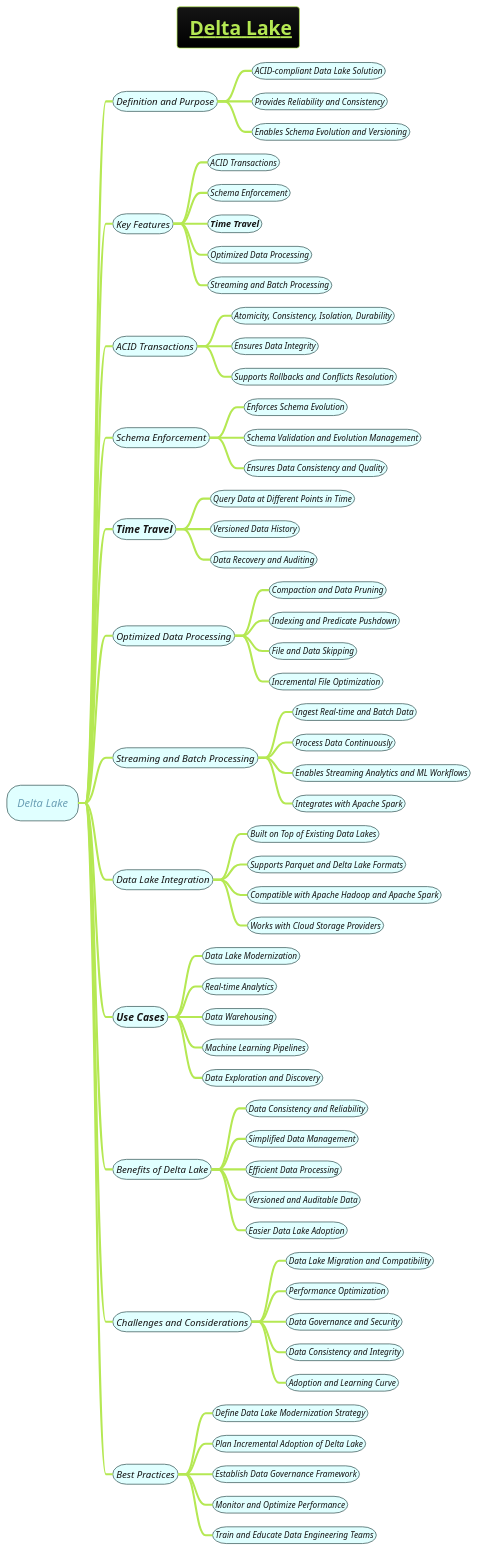
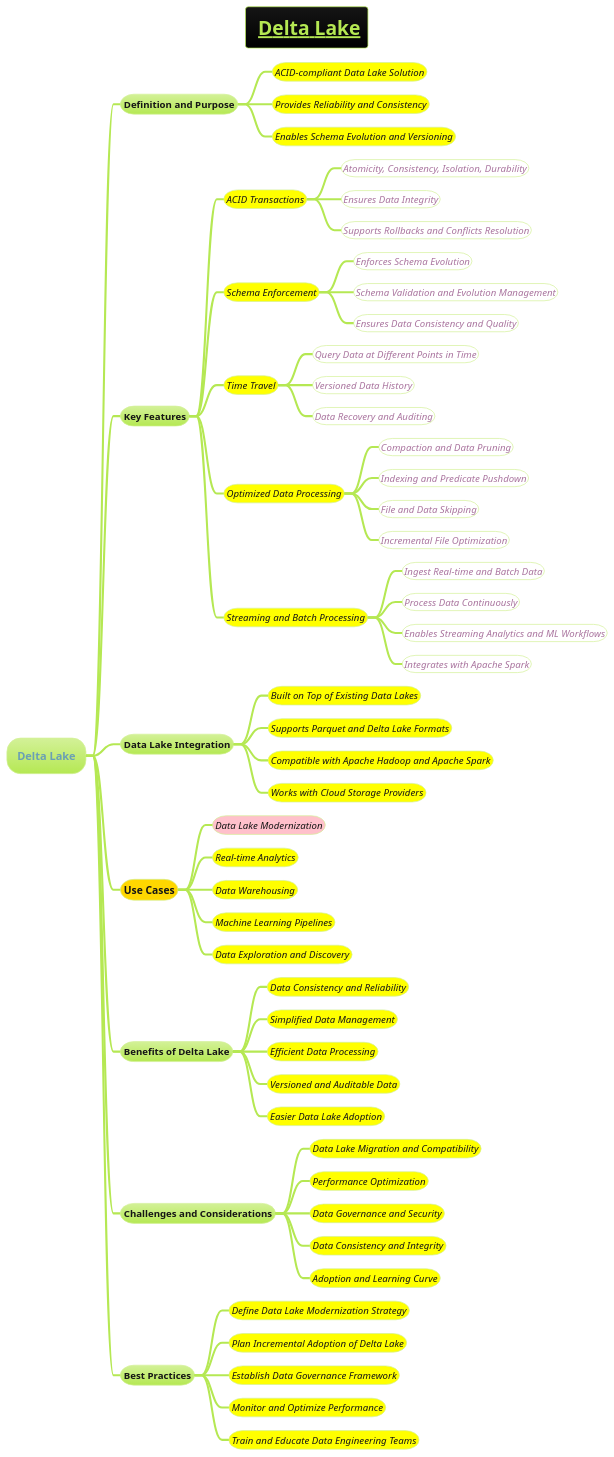
The diagram in docs/AI-ML- DL-Data-Science-and-BigData/data-science/data-engineering/data-storage-and-management/Delta-Lake.puml (MehmoodHashmi/Documentation-as-Code-DaC), drawn with PlantUML before and after one commit. The commit also changed 3 other files, not shown here.

```diff
--- a/docs/AI-ML- DL-Data-Science-and-BigData/data-science/data-engineering/data-storage-and-management/Delta-Lake.puml
+++ b/docs/AI-ML- DL-Data-Science-and-BigData/data-science/data-engineering/data-storage-and-management/Delta-Lake.puml
@@ -1,90 +1,84 @@
 @startmindmap
-!theme hacker
 
 skinparam node {
     BorderColor DarkSlateGray
     BackgroundColor LightCyan
     FontStyle italic
 }
 skinparam connector {
     Color DarkSlateGray
     FontStyle Bold
 }
+!theme hacker
 
 title =__ Delta Lake__
 * Delta Lake
 
 ** Definition and Purpose
-*** ACID-compliant Data Lake Solution
-*** Provides Reliability and Consistency
-*** Enables Schema Evolution and Versioning
+***[#yellow] ====<size:14>ACID-compliant Data Lake Solution
+***[#yellow] ====<size:14>Provides Reliability and Consistency
+***[#yellow] ====<size:14>Enables Schema Evolution and Versioning
 
 ** Key Features
-*** ACID Transactions
-*** Schema Enforcement
-*** ===Time Travel
-*** Optimized Data Processing
-*** Streaming and Batch Processing
+***[#yellow] ====<size:14>ACID Transactions
+****[#white] ====<size:14>Atomicity, Consistency, Isolation, Durability
+****[#white] ====<size:14>Ensures Data Integrity
+****[#white] ====<size:14>Supports Rollbacks and Conflicts Resolution
 
-** ACID Transactions
-*** Atomicity, Consistency, Isolation, Durability
-*** Ensures Data Integrity
-*** Supports Rollbacks and Conflicts Resolution
+***[#yellow] ====<size:14>Schema Enforcement
+****[#white] ====<size:14>Enforces Schema Evolution
+****[#white] ====<size:14>Schema Validation and Evolution Management
+****[#white] ====<size:14>Ensures Data Consistency and Quality
 
-** Schema Enforcement
-*** Enforces Schema Evolution
-*** Schema Validation and Evolution Management
-*** Ensures Data Consistency and Quality
+***[#yellow] ====<size:14>Time Travel
+****[#white] ====<size:14>Query Data at Different Points in Time
+****[#white] ====<size:14>Versioned Data History
+****[#white] ====<size:14>Data Recovery and Auditing
 
-** ===Time Travel
-*** Query Data at Different Points in Time
-*** Versioned Data History
-*** Data Recovery and Auditing
+***[#yellow] ====<size:14>Optimized Data Processing
+****[#white] ====<size:14>Compaction and Data Pruning
+****[#white] ====<size:14>Indexing and Predicate Pushdown
+****[#white] ====<size:14>File and Data Skipping
+****[#white] ====<size:14>Incremental File Optimization
 
-** Optimized Data Processing
-*** Compaction and Data Pruning
-*** Indexing and Predicate Pushdown
-*** File and Data Skipping
-*** Incremental File Optimization
-
-** Streaming and Batch Processing
-*** Ingest Real-time and Batch Data
-*** Process Data Continuously
-*** Enables Streaming Analytics and ML Workflows
-*** Integrates with Apache Spark
+***[#yellow] ====<size:14>Streaming and Batch Processing
+****[#white] ====<size:14>Ingest Real-time and Batch Data
+****[#white] ====<size:14>Process Data Continuously
+****[#white] ====<size:14>Enables Streaming Analytics and ML Workflows
+****[#white] ====<size:14>Integrates with Apache Spark
 
 ** Data Lake Integration
-*** Built on Top of Existing Data Lakes
-*** Supports Parquet and Delta Lake Formats
-*** Compatible with Apache Hadoop and Apache Spark
-*** Works with Cloud Storage Providers
+***[#yellow] ====<size:14>Built on Top of Existing Data Lakes
+***[#yellow] ====<size:14>Supports Parquet and Delta Lake Formats
+***[#yellow] ====<size:14>Compatible with Apache Hadoop and Apache Spark
+***[#yellow] ====<size:14>Works with Cloud Storage Providers
 
-** ===Use Cases
-*** Data Lake Modernization
-*** Real-time Analytics
-*** Data Warehousing
-*** Machine Learning Pipelines
-*** Data Exploration and Discovery
+**[#gold] ===Use Cases
+***[#pink] ====<size:14>Data Lake Modernization
+***[#yellow] ====<size:14>Real-time Analytics
+***[#yellow] ====<size:14>Data Warehousing
+***[#yellow] ====<size:14>Machine Learning Pipelines
+***[#yellow] ====<size:14>Data Exploration and Discovery
 
 ** Benefits of Delta Lake
-*** Data Consistency and Reliability
-*** Simplified Data Management
-*** Efficient Data Processing
-*** Versioned and Auditable Data
-*** Easier Data Lake Adoption
+***[#yellow] ====<size:14>Data Consistency and Reliability
+***[#yellow] ====<size:14>Simplified Data Management
+***[#yellow] ====<size:14>Efficient Data Processing
+***[#yellow] ====<size:14>Versioned and Auditable Data
+***[#yellow] ====<size:14>Easier Data Lake Adoption
 
 ** Challenges and Considerations
-*** Data Lake Migration and Compatibility
-*** Performance Optimization
-*** Data Governance and Security
-*** Data Consistency and Integrity
-*** Adoption and Learning Curve
+***[#yellow] ====<size:14>Data Lake Migration and Compatibility
+***[#yellow] ====<size:14>Performance Optimization
+***[#yellow] ====<size:14>Data Governance and Security
+***[#yellow] ====<size:14>Data Consistency and Integrity
+***[#yellow] ====<size:14>Adoption and Learning Curve
 
 ** Best Practices
-*** Define Data Lake Modernization Strategy
-*** Plan Incremental Adoption of Delta Lake
-*** Establish Data Governance Framework
-*** Monitor and Optimize Performance
-*** Train and Educate Data Engineering Teams
+***[#yellow] ====<size:14>Define Data Lake Modernization Strategy
+***[#yellow] ====<size:14>Plan Incremental Adoption of Delta Lake
+***[#yellow] ====<size:14>Establish Data Governance Framework
+***[#yellow] ====<size:14>Monitor and Optimize Performance
+***[#yellow] ====<size:14>Train and Educate Data Engineering Teams
 
 @endmindmap
```
